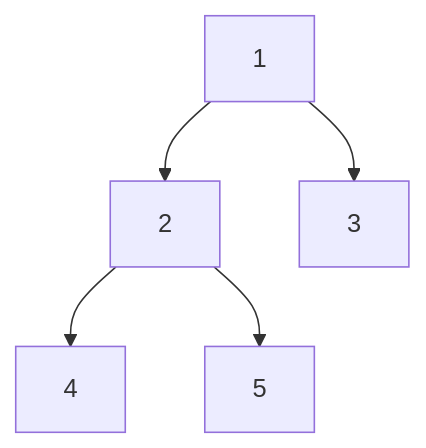
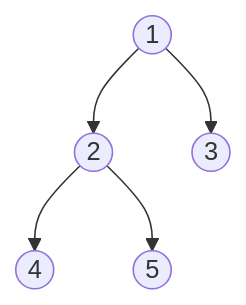
One commit to 3strategy/BeautifulMivney changed the second of 11 diagrams in cst/6binnode/Ex6a3binnode.md. Above: the diagram before and after it, drawn with Mermaid. The commit also changed other lines of this file and 3 other files, not shown here.

````diff
--- a/cst/6binnode/Ex6a3binnode.md
+++ b/cst/6binnode/Ex6a3binnode.md
@@ -55,7 +55,7 @@
     ```mermaid
     flowchart TB
-      A[1] --> B[2]
-      A --> C[3]:::leaf
-      B --> D[4]:::leaf
-      B --> E[5]:::leaf
+      A((1)) --> B((2))
+      A --> C((3)):::leaf
+      B --> D((4)):::leaf
+      B --> E((5)):::leaf
     ```
````
